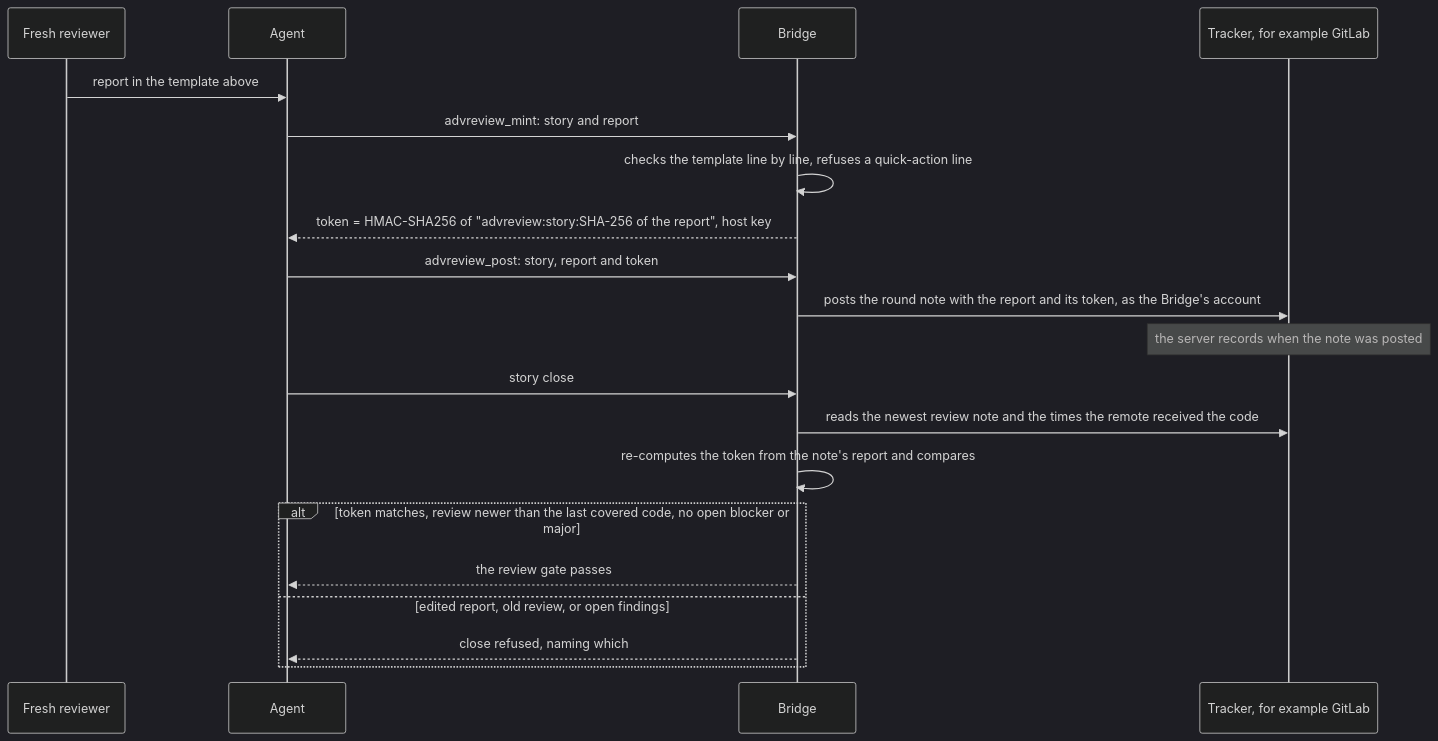
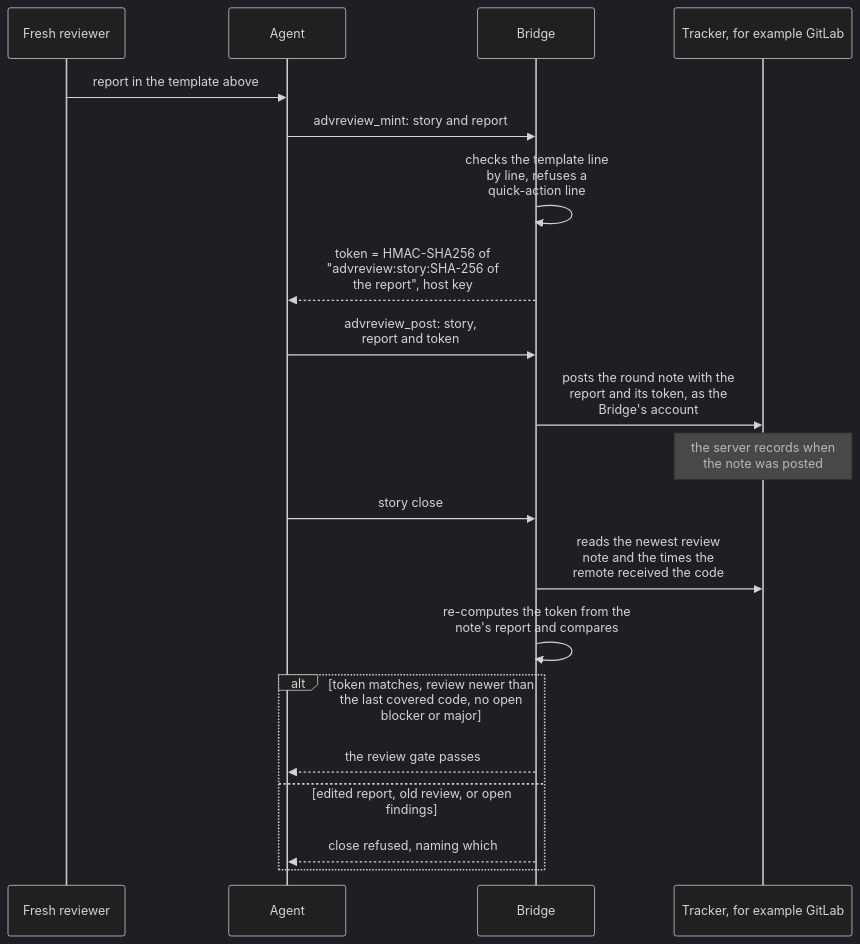
Before and after one commit to DogmaSolutions/Kyklos: the diagram in docs/ADVERSARIAL_REVIEW.md, drawn with Mermaid (dark theme). The commit also changed 38 other files, not shown here.

````diff
--- a/docs/ADVERSARIAL_REVIEW.md
+++ b/docs/ADVERSARIAL_REVIEW.md
@@ -57,22 +57,22 @@
 ```mermaid
 sequenceDiagram
     participant Reviewer as Fresh reviewer
     participant Agent
     participant Bridge
     participant Tracker as Tracker, for example GitLab
     Reviewer->>Agent: report in the template above
     Agent->>Bridge: advreview_mint: story and report
-    Bridge->>Bridge: checks the template line by line, refuses a quick-action line
-    Bridge-->>Agent: token = HMAC-SHA256 of "advreview:story:SHA-256 of the report", host key
-    Agent->>Bridge: advreview_post: story, report and token
-    Bridge->>Tracker: posts the round note with the report and its token, as the Bridge's account
-    Note over Tracker: the server records when the note was posted
+    Bridge->>Bridge: checks the template line<br/>by line, refuses a<br/>quick-action line
+    Bridge-->>Agent: token = HMAC-SHA256 of<br/>"advreview:story:SHA-256 of<br/>the report", host key
+    Agent->>Bridge: advreview_post: story,<br/>report and token
+    Bridge->>Tracker: posts the round note with the<br/>report and its token, as the<br/>Bridge's account
+    Note over Tracker: the server records when<br/>the note was posted
     Agent->>Bridge: story close
-    Bridge->>Tracker: reads the newest review note and the times the remote received the code
-    Bridge->>Bridge: re-computes the token from the note's report and compares
+    Bridge->>Tracker: reads the newest review<br/>note and the times the<br/>remote received the code
+    Bridge->>Bridge: re-computes the token from the<br/>note's report and compares
     alt token matches, review newer than the last covered code, no open blocker or major
         Bridge-->>Agent: the review gate passes
     else edited report, old review, or open findings
         Bridge-->>Agent: close refused, naming which
     end
 ```
````
